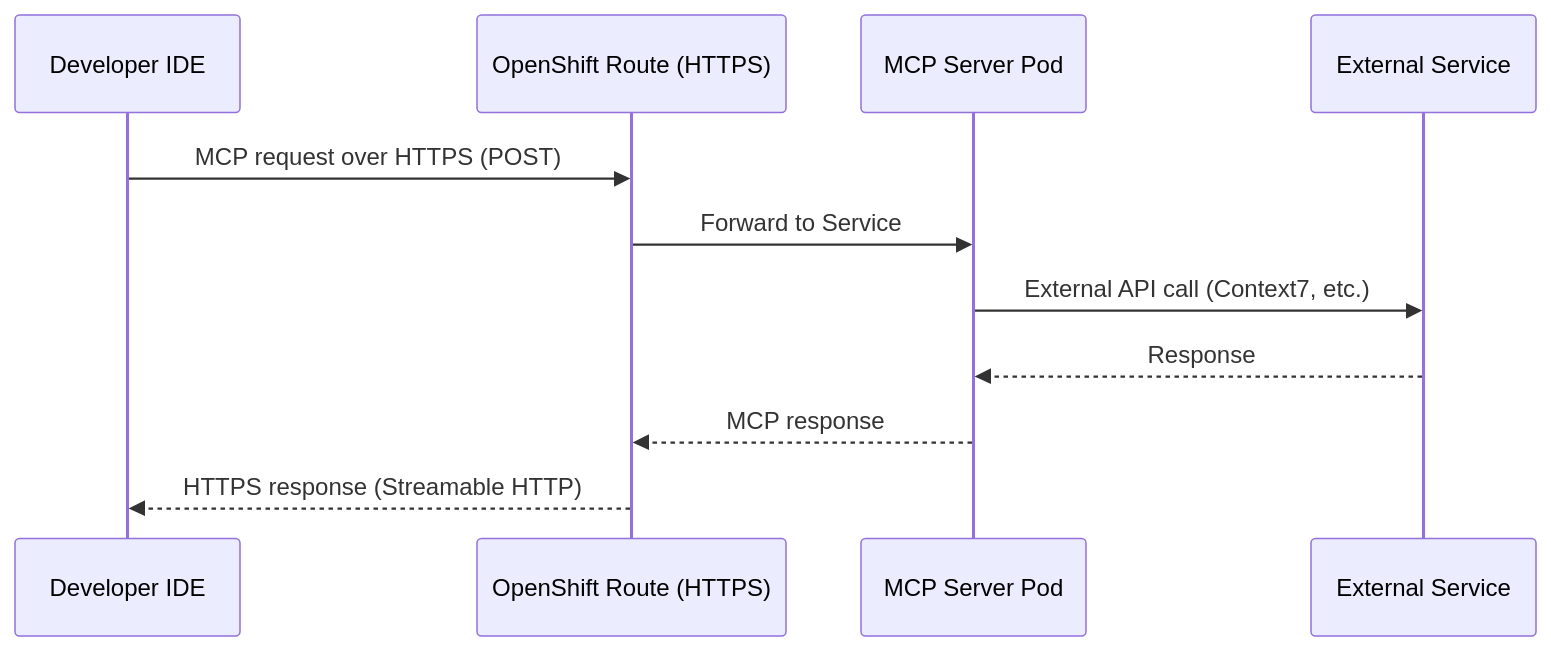
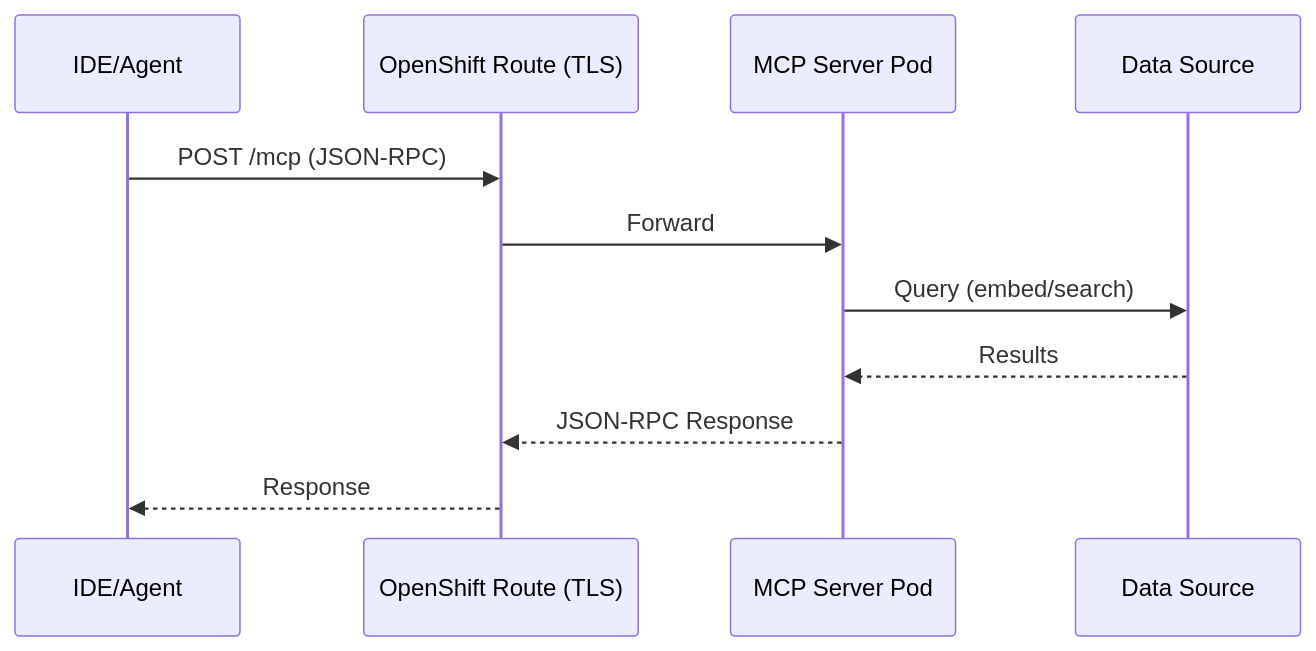
Before and after one commit to hyogrin/rhoai-coding-assistant-lab: the first of 2 diagrams in 1_mcp_servers/1_mcp_overview.md, drawn with Mermaid. The commit also changed other lines of this file and 84 other files, not shown here.

````diff
--- a/1_mcp_servers/1_mcp_overview.md
+++ b/1_mcp_servers/1_mcp_overview.md
@@ -25,14 +25,14 @@
 ```mermaid
 sequenceDiagram
-    participant IDE as Developer IDE
-    participant Route as OpenShift Route (HTTPS)
+    participant IDE as IDE/Agent
+    participant Route as OpenShift Route (TLS)
     participant Pod as MCP Server Pod
-    participant API as External Service
+    participant Data as Data Source
 
-    IDE->>Route: MCP request over HTTPS (POST)
-    Route->>Pod: Forward to Service
-    Pod->>API: External API call (Context7, etc.)
-    API-->>Pod: Response
-    Pod-->>Route: MCP response
-    Route-->>IDE: HTTPS response (Streamable HTTP)
+    IDE->>Route: POST /mcp (JSON-RPC)
+    Route->>Pod: Forward
+    Pod->>Data: Query (embed/search)
+    Data-->>Pod: Results
+    Pod-->>Route: JSON-RPC Response
+    Route-->>IDE: Response
 ```
````
